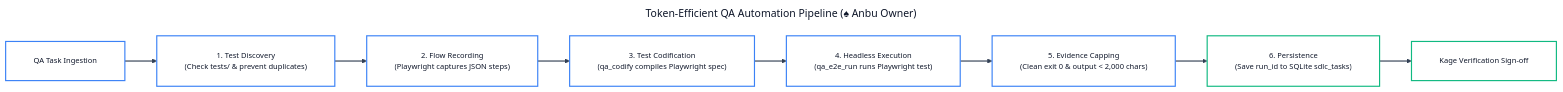
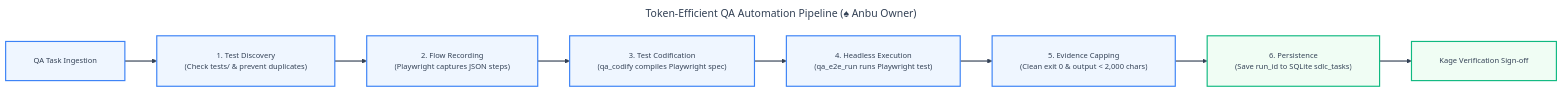
The seventh of 19 diagrams in docs/ALL-WORKFLOW-DIAGRAMS.md (andycungkrinx91/konoha), drawn with Mermaid before and after one commit. The commit also changed other lines of this file and 136 other files, not shown here.

````diff
--- a/docs/ALL-WORKFLOW-DIAGRAMS.md
+++ b/docs/ALL-WORKFLOW-DIAGRAMS.md
@@ -449,41 +449,41 @@
 ```mermaid
 ---
 title: Token-Efficient QA Automation Pipeline (♠ Anbu Owner)
 config:
   theme: base
   themeVariables:
     darkMode: false
     background: '#ffffff'
-    mainBkg: '#ffffff'
-    primaryColor: '#ffffff'
-    primaryTextColor: '#0f172a'
+    mainBkg: '#eff6ff'
+    primaryColor: '#eff6ff'
+    primaryTextColor: '#334155'
     primaryBorderColor: '#3b82f6'
     lineColor: '#334155'
     arrowheadColor: '#334155'
     secondaryColor: '#f8fafc'
-    tertiaryColor: '#ffffff'
+    tertiaryColor: '#f0fdf4'
     fontFamily: 'Inter, system-ui, -apple-system, sans-serif'
     fontSize: '13px'
   flowchart:
     nodeSpacing: 45
     rankSpacing: 55
     padding: 24
-    wrappingWidth: 350
+    wrappingWidth: 380
 ---
 flowchart LR
     Start["QA Task Ingestion"] --> S1["1. Test Discovery<br/>(Check tests/ &amp; prevent duplicates)"]
     S1 --> S2["2. Flow Recording<br/>(Playwright captures JSON steps)"]
     S2 --> S3["3. Test Codification<br/>(qa_codify compiles Playwright spec)"]
     S3 --> S4["4. Headless Execution<br/>(qa_e2e_run runs Playwright test)"]
     S4 --> S5["5. Evidence Capping<br/>(Clean exit 0 &amp; output &lt; 2,000 chars)"]
     S5 --> S6["6. Persistence<br/>(Save run_id to SQLite sdlc_tasks)"]
     S6 --> Done["Kage Verification Sign-off"]
 
     linkStyle default stroke:#334155,stroke-width:2px;
 
-    classDef stepNode fill:#ffffff,stroke:#3b82f6,color:#0f172a,stroke-width:2px;
-    classDef passNode fill:#ffffff,stroke:#10b981,color:#0f172a,stroke-width:2px;
+    classDef stepNode fill:#eff6ff,stroke:#3b82f6,color:#334155,stroke-width:2px;
+    classDef passNode fill:#f0fdf4,stroke:#10b981,color:#334155,stroke-width:2px;
 
     class Start,S1,S2,S3,S4,S5 stepNode;
     class S6,Done passNode;
 ```
````
